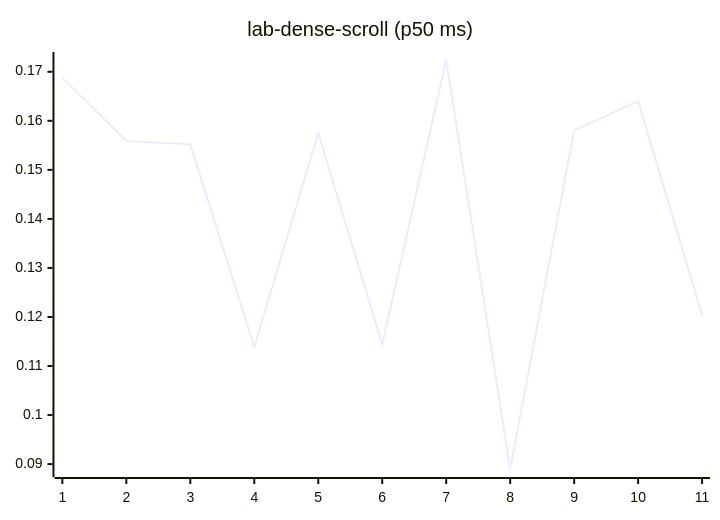
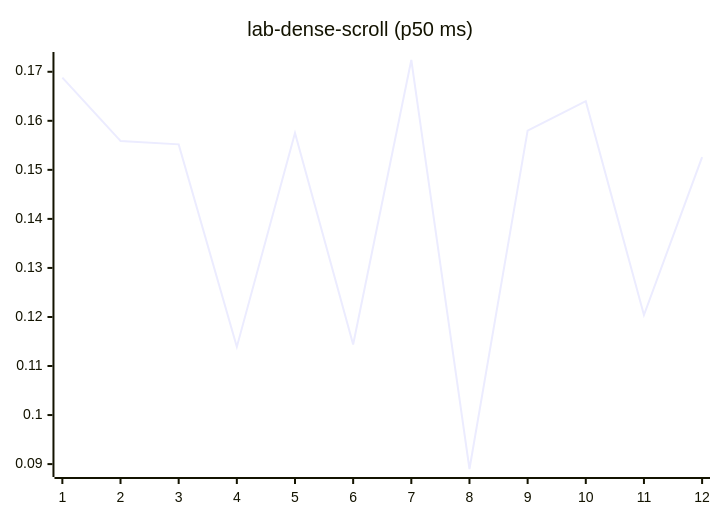
Diagram 12 of 27 in README.md (josha/Facet), drawn with Mermaid before and after one commit. The commit also changed other lines of this file and 2 other files, not shown here.

````diff
--- a/README.md
+++ b/README.md
@@ -140,6 +140,6 @@
 ```mermaid
 xychart-beta
     title "lab-dense-scroll (p50 ms)"
-    x-axis 1 --> 11
-    line [0.1688, 0.1559, 0.1552, 0.1139, 0.1575, 0.1144, 0.1724, 0.0890, 0.1580, 0.1640, 0.1204]
+    x-axis 1 --> 12
+    line [0.1688, 0.1559, 0.1552, 0.1139, 0.1575, 0.1144, 0.1724, 0.0890, 0.1580, 0.1640, 0.1204, 0.1526]
 ```
````
